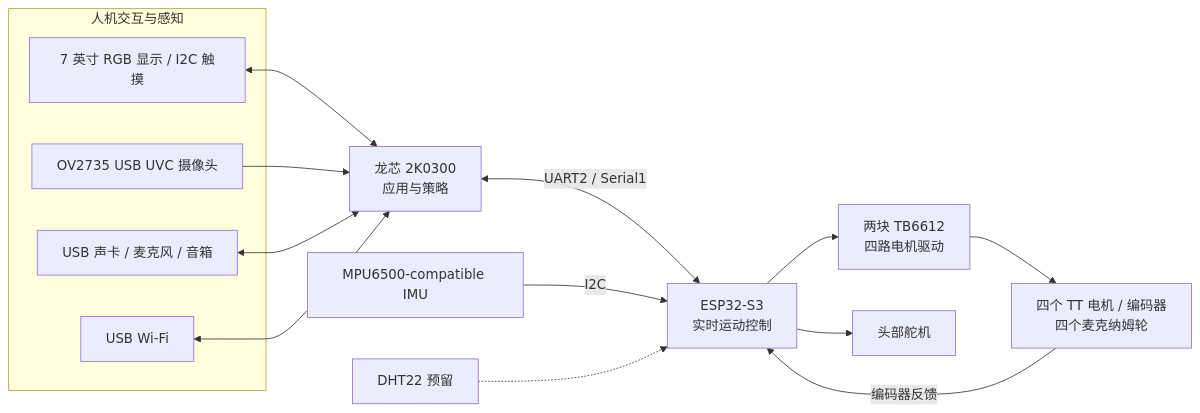
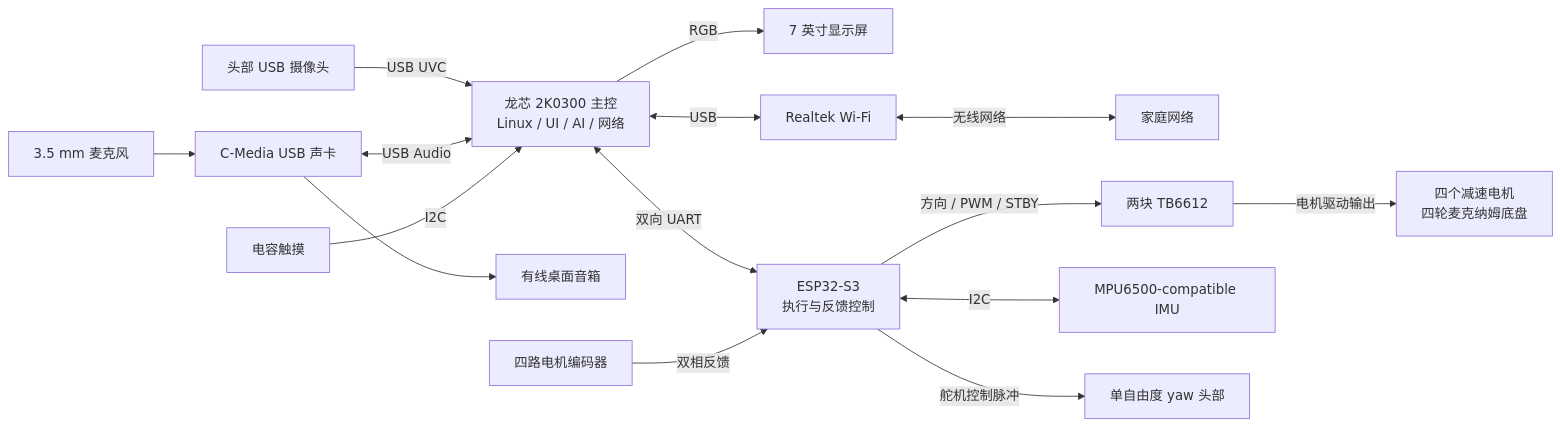
Before and after one commit to Justin-fanfan/Submission_Materials: the seventh of 36 diagrams in LongPet_产品设计文档.md, drawn with Mermaid. The commit also changed other lines of this file and 4 other files, not shown here.

````diff
--- a/LongPet_产品设计文档.md
+++ b/LongPet_产品设计文档.md
@@ -542,26 +545,17 @@
 ```mermaid
 flowchart LR
-    subgraph H["人机交互与感知"]
-        LCD["7 英寸 RGB 显示 / I2C 触摸"]
-        CAM["OV2735 USB UVC 摄像头"]
-        AUD["USB 声卡 / 麦克风 / 音箱"]
-        WIFI["USB Wi-Fi"]
-    end
-    SOC["龙芯 2K0300<br/>应用与策略"]
-    MCU["ESP32-S3<br/>实时运动控制"]
-    DRV["两块 TB6612<br/>四路电机驱动"]
-    MOTOR["四个 TT 电机 / 编码器<br/>四个麦克纳姆轮"]
-    HEAD["头部舵机"]
-    IMU["MPU6500-compatible IMU"]
-    DHT["DHT22 预留"]
-    LCD <--> SOC
-    CAM --> SOC
-    AUD <--> SOC
-    WIFI <--> SOC
-    SOC <-->|"UART2 / Serial1"| MCU
-    MCU --> DRV --> MOTOR
-    MOTOR -->|"编码器反馈"| MCU
-    MCU --> HEAD
-    IMU -->|"I2C"| MCU
-    DHT -.-> MCU
+    CAM["头部 USB 摄像头"] -->|"USB UVC"| SOC["龙芯 2K0300 主控<br/>Linux / UI / AI / 网络"]
+    MIC["3.5 mm 麦克风"] --> AUDIO["C-Media USB 声卡"]
+    AUDIO --> SPK["有线桌面音箱"]
+    AUDIO <-->|"USB Audio"| SOC
+    SOC -->|"RGB"| LCD["7 英寸显示屏"]
+    TOUCH["电容触摸"] -->|"I2C"| SOC
+    SOC <-->|"USB"| WIFI["Realtek Wi-Fi"]
+    WIFI <-->|"无线网络"| NET["家庭网络"]
+    SOC <-->|"双向 UART"| MCU["ESP32-S3<br/>执行与反馈控制"]
+    MCU -->|"方向 / PWM / STBY"| DRV["两块 TB6612"]
+    DRV -->|"电机驱动输出"| MOTOR["四个减速电机<br/>四轮麦克纳姆底盘"]
+    ENC["四路电机编码器"] -->|"双相反馈"| MCU
+    MCU <-->|"I2C"| IMU["MPU6500-compatible IMU"]
+    MCU -->|"舵机控制脉冲"| HEAD["单自由度 yaw 头部"]
 ```
````
